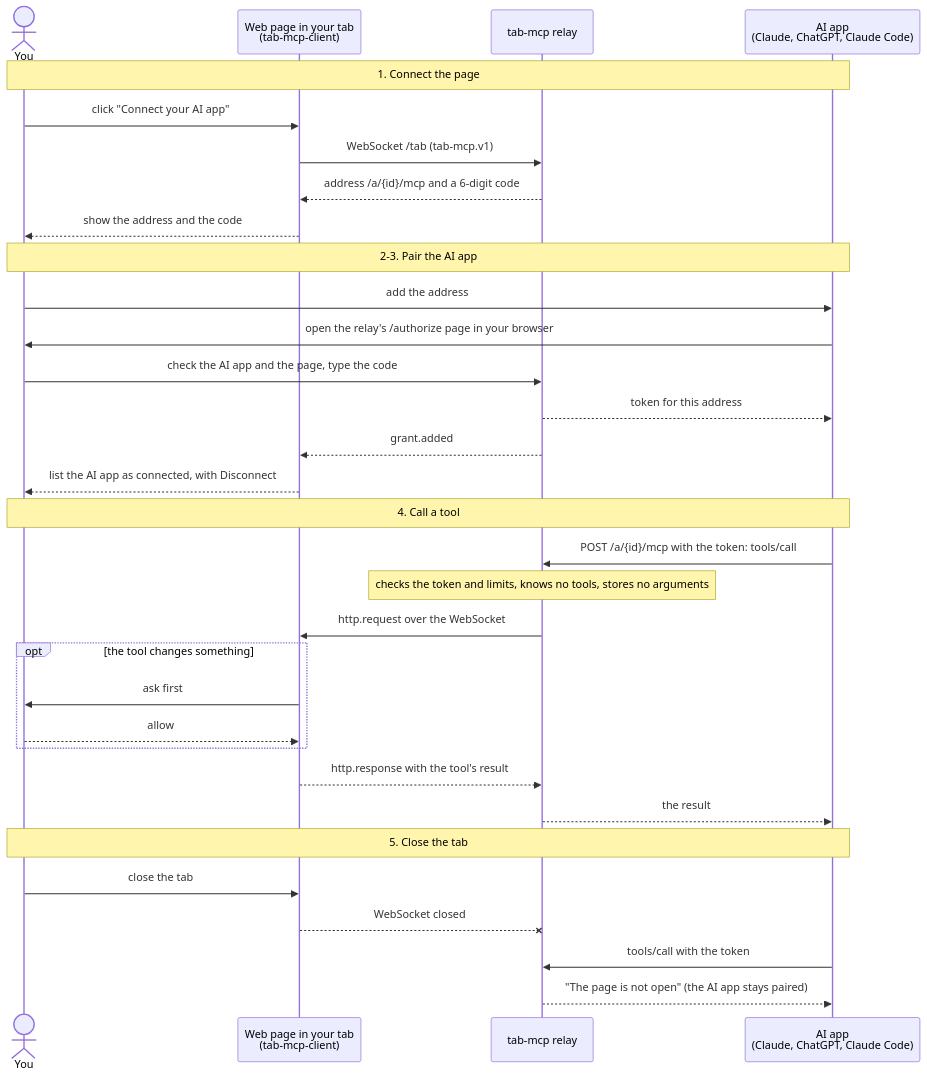
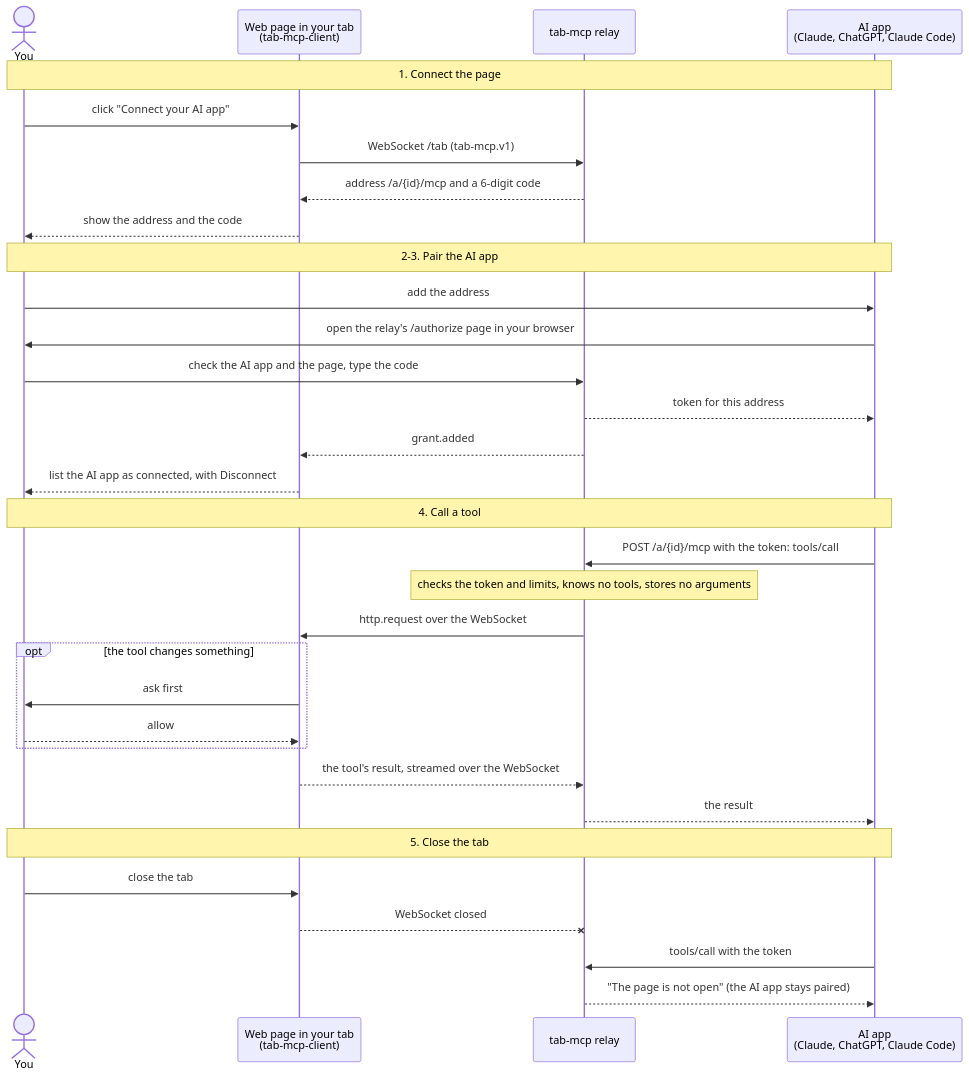
One commit to ractive/tab-mcp changed the diagram in README.md. Above: the diagram before and after it, drawn with Mermaid.

Commit message:
docs: the diagram's result arrow names no message type (review of PR 59)
The library answers tools/call with an event stream (http.response.start,
chunks, end), not one http.response.

````diff
--- a/README.md
+++ b/README.md
@@ -28,38 +28,38 @@
 ```mermaid
 sequenceDiagram
     actor You
     participant Page as Web page in your tab<br/>(tab-mcp-client)
     participant Relay as tab-mcp relay
     participant App as AI app<br/>(Claude, ChatGPT, Claude Code)
 
     Note over You,App: 1. Connect the page
     You->>Page: click "Connect your AI app"
     Page->>Relay: WebSocket /tab (tab-mcp.v1)
     Relay-->>Page: address /a/{id}/mcp and a 6-digit code
     Page-->>You: show the address and the code
 
     Note over You,App: 2-3. Pair the AI app
     You->>App: add the address
     App->>You: open the relay's /authorize page in your browser
     You->>Relay: check the AI app and the page, type the code
     Relay-->>App: token for this address
     Relay-->>Page: grant.added
     Page-->>You: list the AI app as connected, with Disconnect
 
     Note over You,App: 4. Call a tool
     App->>Relay: POST /a/{id}/mcp with the token: tools/call
     Note over Relay: checks the token and limits, knows no tools, stores no arguments
     Relay->>Page: http.request over the WebSocket
     opt the tool changes something
         Page->>You: ask first
         You-->>Page: allow
     end
-    Page-->>Relay: http.response with the tool's result
+    Page-->>Relay: the tool's result, streamed over the WebSocket
     Relay-->>App: the result
 
     Note over You,App: 5. Close the tab
     You->>Page: close the tab
     Page--xRelay: WebSocket closed
     App->>Relay: tools/call with the token
     Relay-->>App: "The page is not open" (the AI app stays paired)
 ```
````
